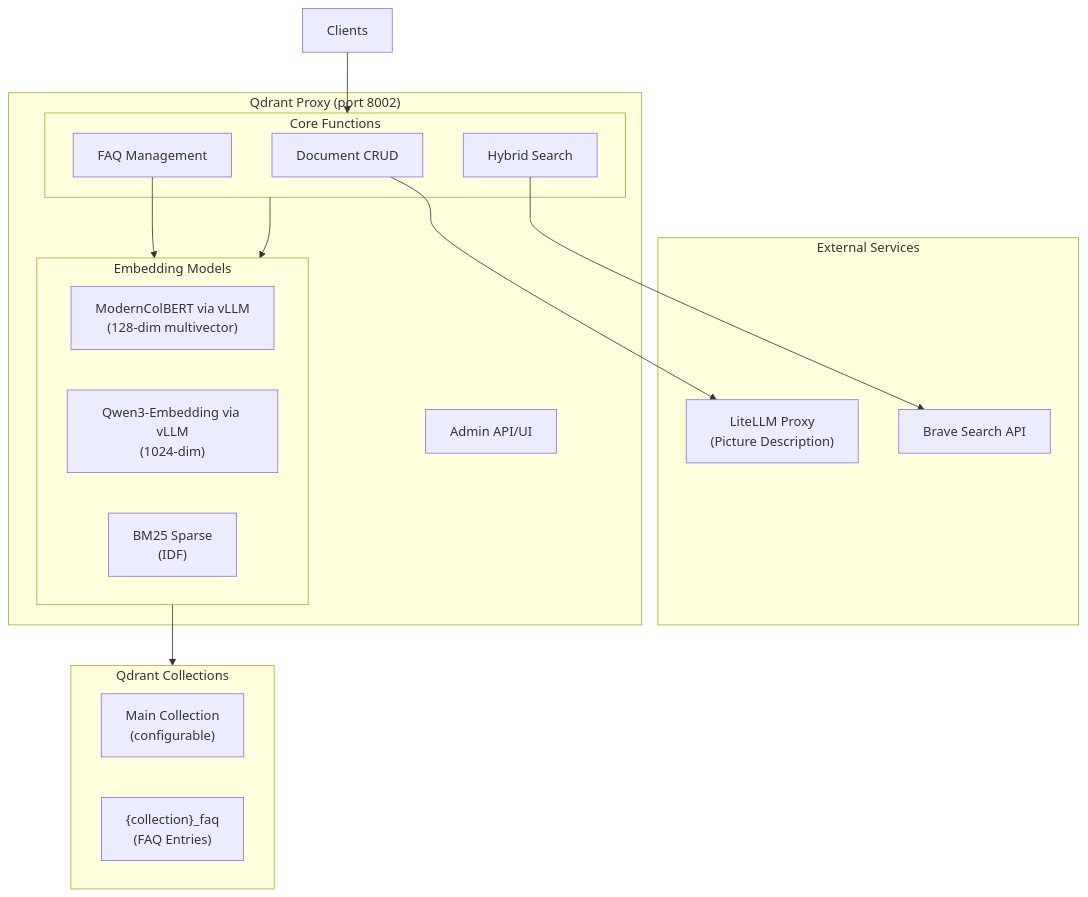
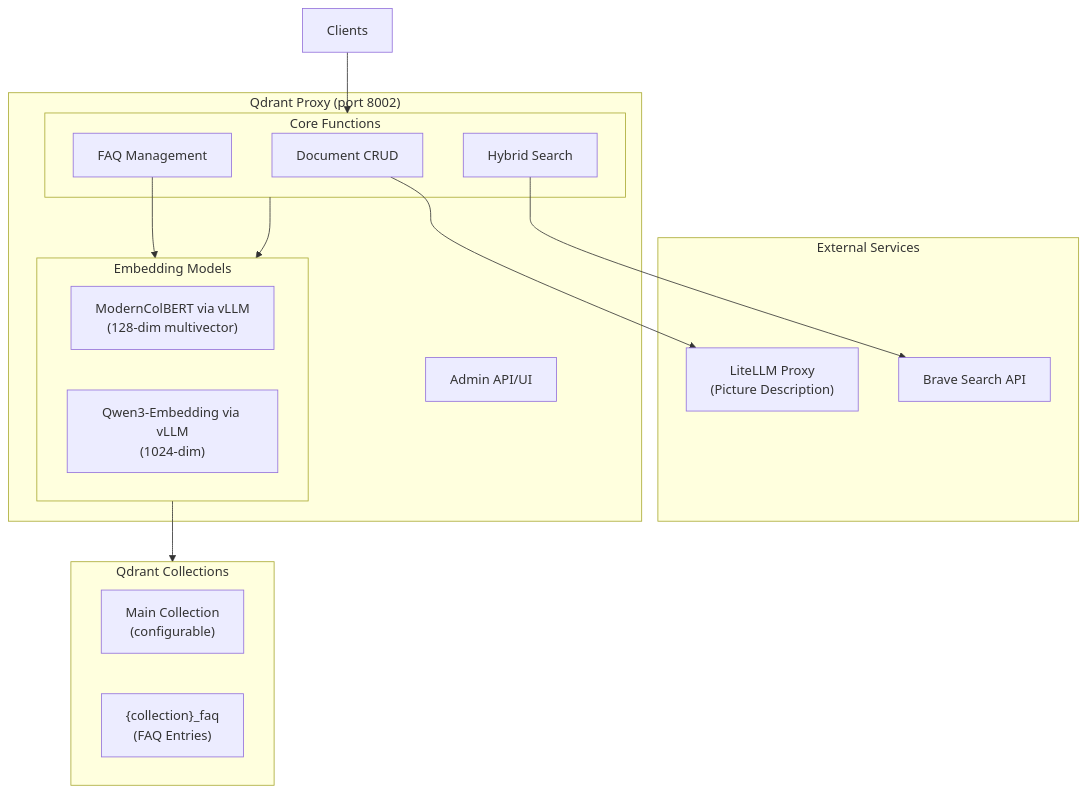
Before and after one commit to flozi00/qdrant-proxy: the diagram in docs/architecture.md, drawn with Mermaid. The commit also changed other lines of this file and 21 other files, not shown here.

````diff
--- a/docs/architecture.md
+++ b/docs/architecture.md
@@ -5,35 +5,34 @@
 ```mermaid
 flowchart TB
     subgraph External["External Services"]
         LiteLLM["LiteLLM Proxy\n(Picture Description)"]
         Brave["Brave Search API"]
     end
 
     subgraph QdrantProxy["Qdrant Proxy (port 8002)"]
         subgraph Embeddings["Embedding Models"]
             ColBERT["ModernColBERT via vLLM\n(128-dim multivector)"]
             Dense["Qwen3-Embedding via vLLM\n(1024-dim)"]
-            BM25["BM25 Sparse\n(IDF)"]
         end
         
         subgraph Core["Core Functions"]
             DocCRUD["Document CRUD"]
             Search["Hybrid Search"]
             FAQMgmt["FAQ Management"]
         end
         
         Admin["Admin API/UI"]
     end
 
     subgraph Storage["Qdrant Collections"]
         MainColl["Main Collection\n(configurable)"]
         FAQColl["{collection}_faq\n(FAQ Entries)"]
     end
 
     Client["Clients"] --> Core
     Core --> Embeddings
     Embeddings --> Storage
     FAQMgmt --> Embeddings
     DocCRUD --> LiteLLM
     Search --> Brave
 ```
````
